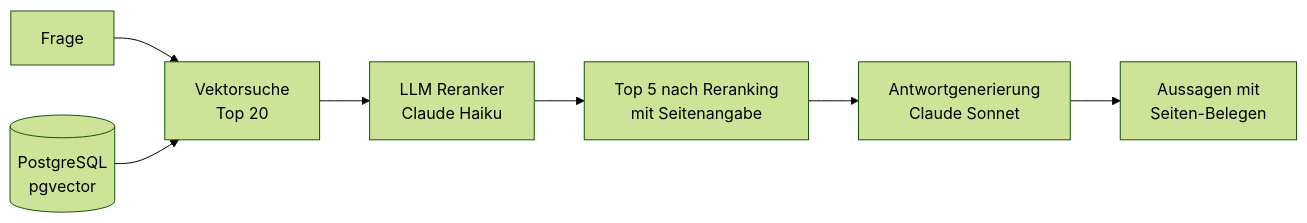
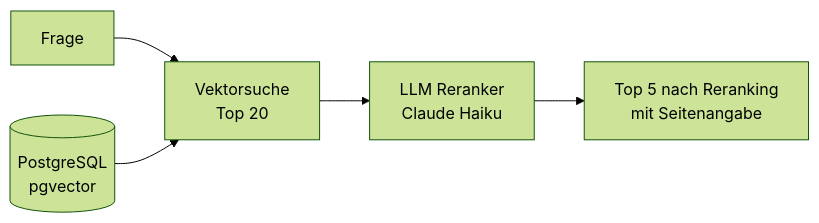
The third of 4 diagrams in README.md (fknoerzer/anlagen-copilot), drawn with Mermaid (forest theme) before and after one commit. The commit also changed other lines of this file, not shown here.

````diff
--- a/README.md
+++ b/README.md
@@ -79,9 +102,7 @@
 ```mermaid
 flowchart LR
     Q[Frage] --> R[Vektorsuche<br/>Top 20]
     F[(PostgreSQL<br/>pgvector)] --> R
     R --> S[LLM Reranker<br/>Claude Haiku]
     S --> T[Top 5 nach Reranking<br/>mit Seitenangabe]
-    T --> U[Antwortgenerierung<br/>Claude Sonnet]
-    U --> V[Aussagen mit<br/>Seiten-Belegen]
 ```
````
